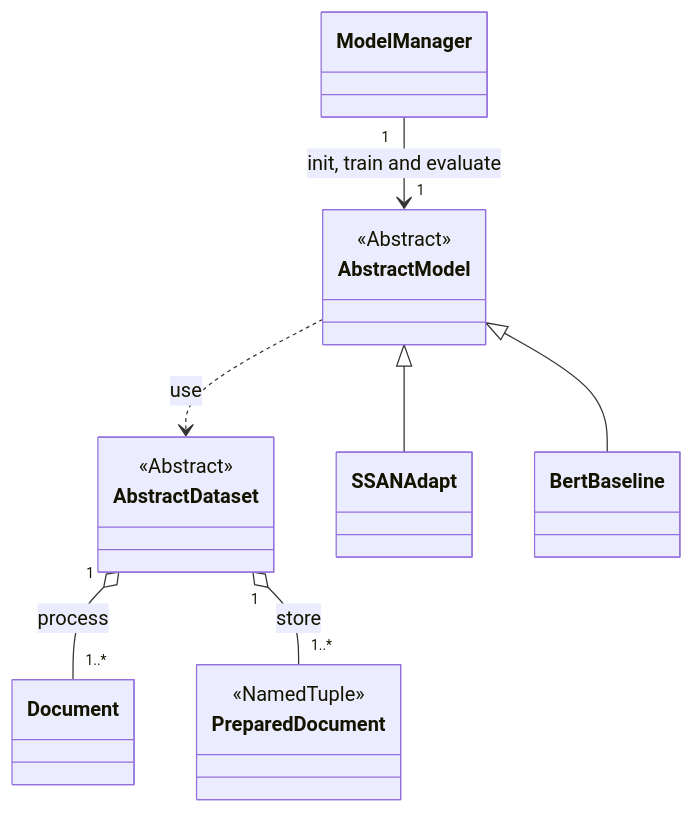
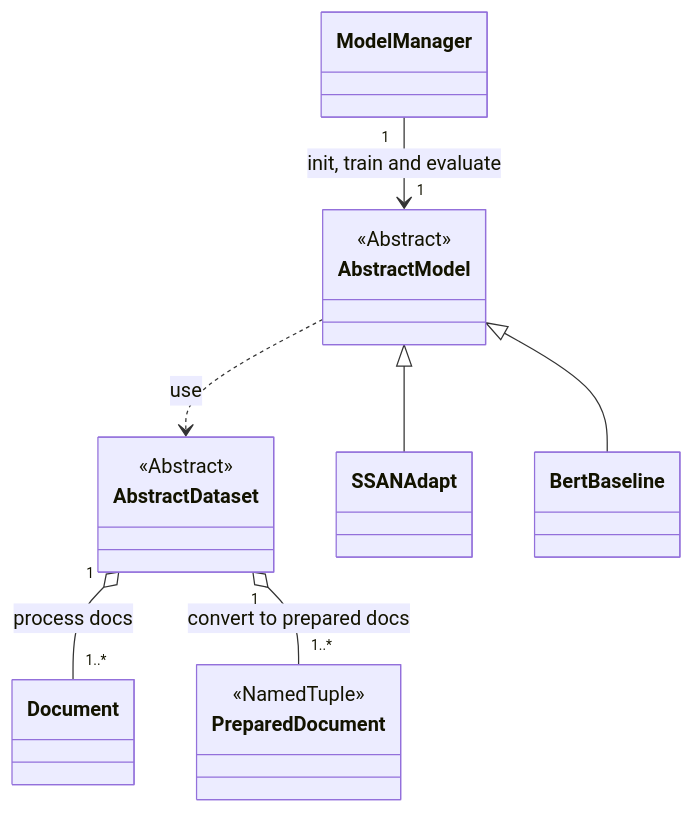
The second of 3 diagrams in README.md (phos-phophy/creed), drawn with Mermaid before and after one commit. The commit also changed other lines of this file, not shown here.

Commit message:
Fix typos in readme

````diff
--- a/README.md
+++ b/README.md
@@ -109,23 +109,23 @@
 ```mermaid
 classDiagram
 directionTB
     ModelManager "1" --> "1" AbstractModel : init, train and evaluate
     AbstractModel ..> AbstractDataset : use
-    AbstractDataset "1" o-- "1..*" Document : process
-    AbstractDataset "1" o-- "1..*" PreparedDocument : store
+    AbstractDataset "1" o-- "1..*" Document : process docs
+    AbstractDataset "1" o-- "1..*" PreparedDocument : convert to prepared docs
     
     AbstractModel <|-- SSANAdapt
     AbstractModel <|-- BertBaseline
     
     class AbstractModel{
         <<Abstract>>
     }
     
     class AbstractDataset{
         <<Abstract>>
     }
     
     class PreparedDocument{
         <<NamedTuple>>
     }
 ```
````
